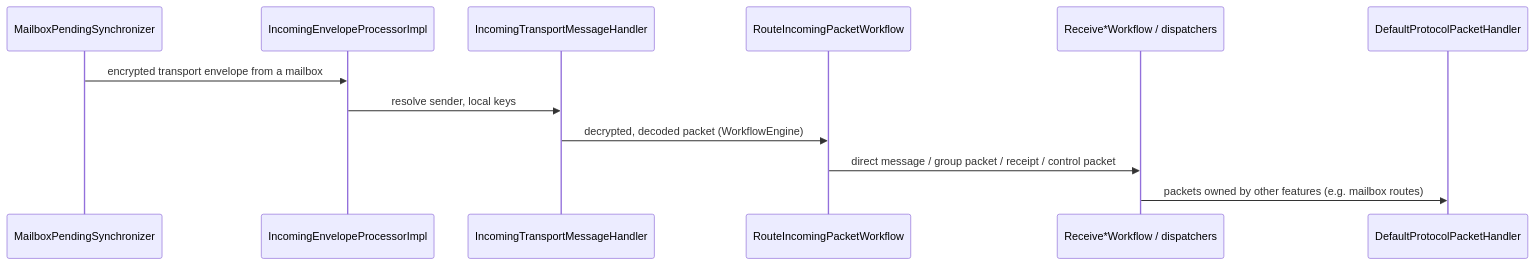
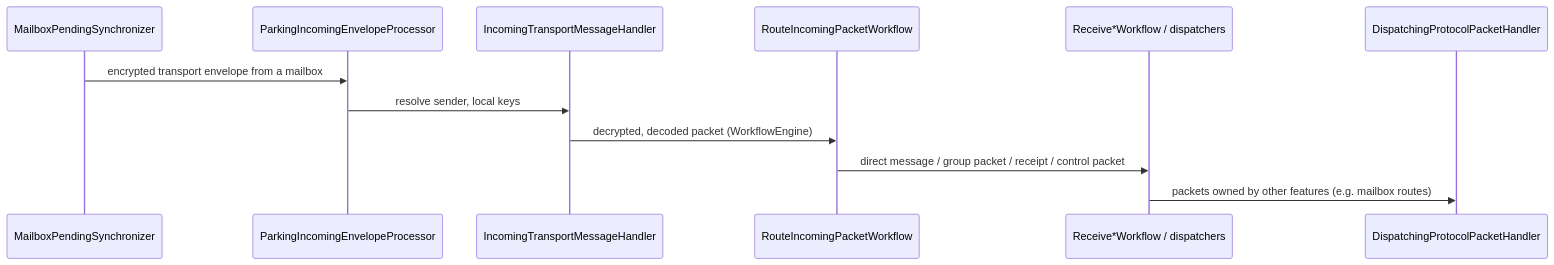
Before and after one commit to cbgm/Sparrow: the second of 2 diagrams in docs/architecture/messaging-boundary.md, drawn with Mermaid. The commit also changed other lines of this file and 250 other files, not shown here.

````diff
--- a/docs/architecture/messaging-boundary.md
+++ b/docs/architecture/messaging-boundary.md
@@ -47,15 +47,15 @@
 ```mermaid
 sequenceDiagram
     participant RUN as MailboxPendingSynchronizer
-    participant PROC as IncomingEnvelopeProcessorImpl
+    participant PROC as ParkingIncomingEnvelopeProcessor
     participant H as IncomingTransportMessageHandler
     participant ROUTE as RouteIncomingPacketWorkflow
     participant WF as Receive*Workflow / dispatchers
-    participant PH as DefaultProtocolPacketHandler
+    participant PH as DispatchingProtocolPacketHandler
 
     RUN->>PROC: encrypted transport envelope from a mailbox
     PROC->>H: resolve sender, local keys
     H->>ROUTE: decrypted, decoded packet (WorkflowEngine)
     ROUTE->>WF: direct message / group packet / receipt / control packet
     WF->>PH: packets owned by other features (e.g. mailbox routes)
 ```
````
